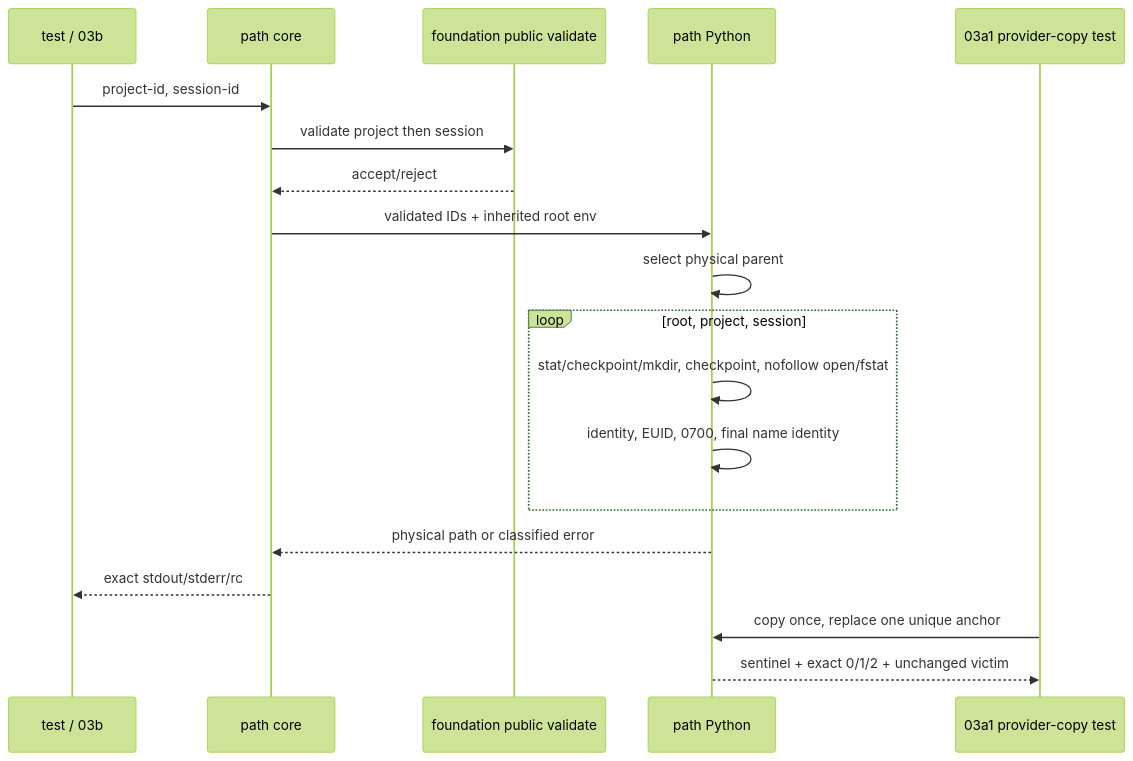
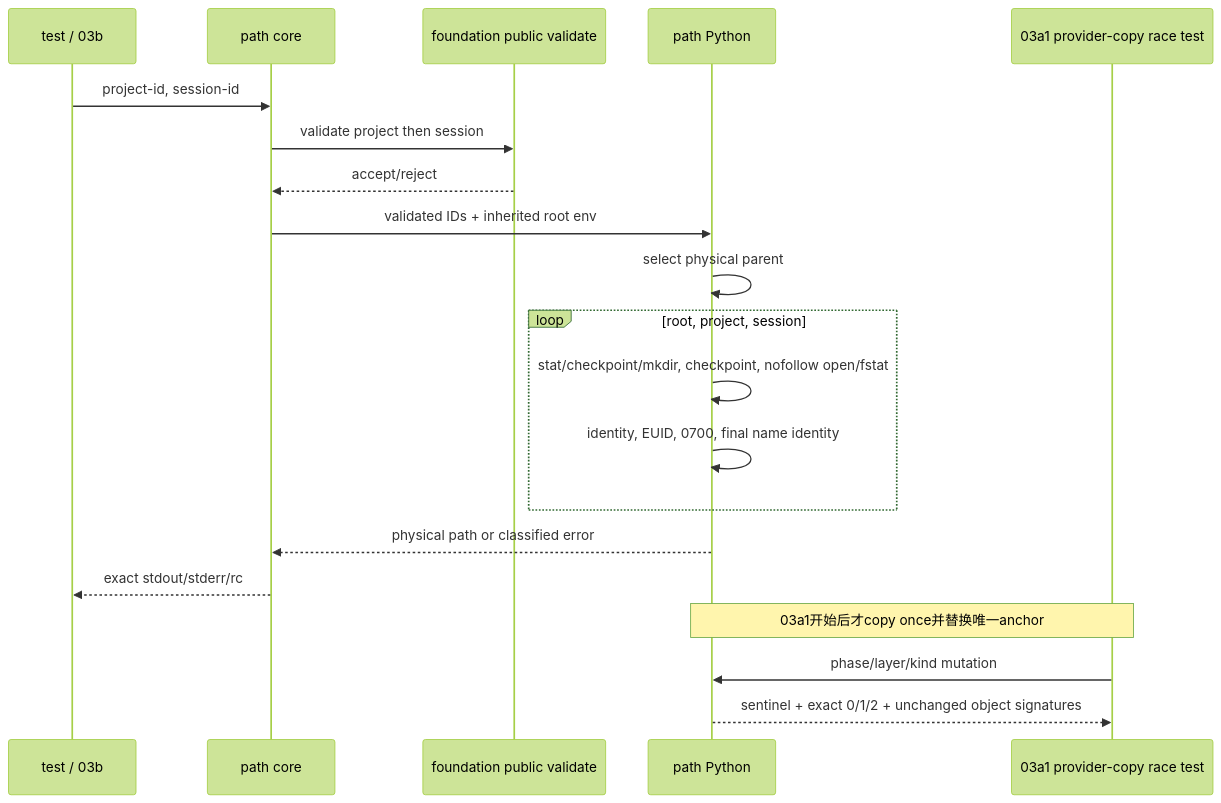
One commit to yuandaimaahao/aosp-harness-demo changed the third of 3 diagrams in .spec/2026-08-31-aosp-harness-refactor/specs/2026-09-01-03a-session-path-safety/design.md. Above: the diagram before and after it, drawn with Mermaid (forest theme). The commit also changed other lines of this file and 72 other files, not shown here.

````diff
--- a/.spec/2026-08-31-aosp-harness-refactor/specs/2026-09-01-03a-session-path-safety/design.md
+++ b/.spec/2026-08-31-aosp-harness-refactor/specs/2026-09-01-03a-session-path-safety/design.md
@@ -111,21 +111,22 @@
 ```mermaid
 sequenceDiagram
   participant T as test / 03b
   participant B as path core
   participant V as foundation public validate
   participant Y as path Python
-  participant A as 03a1 provider-copy test
+  participant A as 03a1 provider-copy race test
   T->>B: project-id, session-id
   B->>V: validate project then session
   V-->>B: accept/reject
   B->>Y: validated IDs + inherited root env
   Y->>Y: select physical parent
   loop root, project, session
     Y->>Y: stat/checkpoint/mkdir, checkpoint, nofollow open/fstat
     Y->>Y: identity, EUID, 0700, final name identity
   end
   Y-->>B: physical path or classified error
   B-->>T: exact stdout/stderr/rc
-  A->>Y: copy once, replace one unique anchor
-  Y-->>A: sentinel + exact 0/1/2 + unchanged victim
+  Note over A,Y: 03a1开始后才copy once并替换唯一anchor
+  A->>Y: phase/layer/kind mutation
+  Y-->>A: sentinel + exact 0/1/2 + unchanged object signatures
 ```
````
